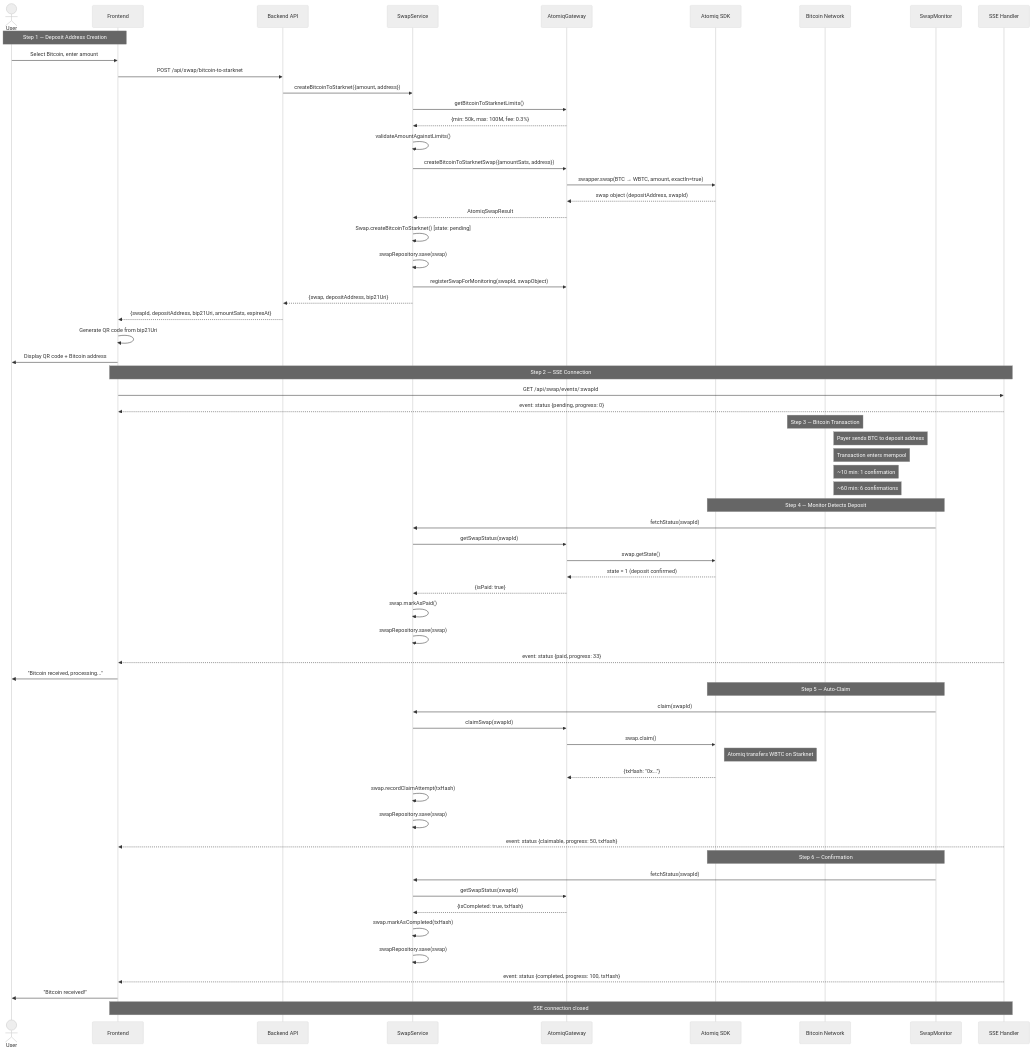
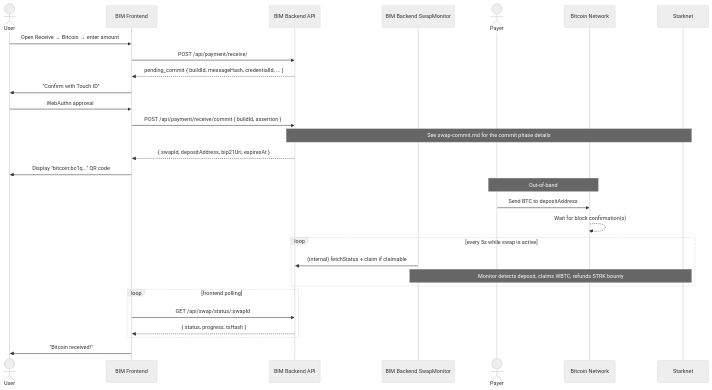
One commit to bitcoin-is-money/bim-app changed the diagram in doc/flow/receive-bitcoin.md. Above: the diagram before and after it, drawn with Mermaid (neutral theme). The commit also changed other lines of this file and 40 other files, not shown here.

Commit message:
chore: OSS readiness - package.json metadata, README, ARCHITECTURE, CONTRIBUTING, flow doc, GitHub templates

````diff
--- a/doc/flow/receive-bitcoin.md
+++ b/doc/flow/receive-bitcoin.md
@@ -25,75 +91,36 @@
 ```mermaid
 sequenceDiagram
     actor User
-    participant Front as Frontend
-    participant API as Backend API
-    participant Service as SwapService
-    participant Gateway as AtomiqGateway
-    participant SDK as Atomiq SDK
+    participant Front as BIM Frontend
+    participant API as BIM Backend API
+    participant Mon as BIM Backend SwapMonitor
+    actor Payer
     participant BTC as Bitcoin Network
-    participant Monitor as SwapMonitor
-    participant SSE as SSE Handler
+    participant SN as Starknet
 
-    Note over User,Front: Step 1 — Deposit Address Creation
-    User->>Front: Select Bitcoin, enter amount
-    Front->>API: POST /api/swap/bitcoin-to-starknet
-    API->>Service: createBitcoinToStarknet({amount, address})
-    Service->>Gateway: getBitcoinToStarknetLimits()
-    Gateway-->>Service: {min: 50k, max: 100M, fee: 0.3%}
-    Service->>Service: validateAmountAgainstLimits()
-    Service->>Gateway: createBitcoinToStarknetSwap({amountSats, address})
-    Gateway->>SDK: swapper.swap(BTC → WBTC, amount, exactIn=true)
-    SDK-->>Gateway: swap object (depositAddress, swapId)
-    Gateway-->>Service: AtomiqSwapResult
-    Service->>Service: Swap.createBitcoinToStarknet() [state: pending]
-    Service->>Service: swapRepository.save(swap)
-    Service->>Gateway: registerSwapForMonitoring(swapId, swapObject)
-    Service-->>API: {swap, depositAddress, bip21Uri}
-    API-->>Front: {swapId, depositAddress, bip21Uri, amountSats, expiresAt}
-    Front->>Front: Generate QR code from bip21Uri
-    Front->>User: Display QR code + Bitcoin address
+    User->>Front: Open Receive → Bitcoin → enter amount
+    Front->>API: POST /api/payment/receive/
+    API-->>Front: pending_commit { buildId, messageHash, credentialId, ... }
+    Front->>User: "Confirm with Touch ID"
+    User->>Front: WebAuthn approval
+    Front->>API: POST /api/payment/receive/commit { buildId, assertion }
+    Note over API,SN: See swap-commit.md for the commit phase details
+    API-->>Front: { swapId, depositAddress, bip21Uri, expiresAt }
+    Front->>User: Display "bitcoin:bc1q..." QR code
 
-    Note over Front,SSE: Step 2 — SSE Connection
-    Front->>SSE: GET /api/swap/events/:swapId
-    SSE-->>Front: event: status {pending, progress: 0}
+    Note over Payer,BTC: Out-of-band
+    Payer->>BTC: Send BTC to depositAddress
+    BTC-->>BTC: Wait for block confirmation(s)
 
-    Note over BTC: Step 3 — Bitcoin Transaction
-    Note right of BTC: Payer sends BTC to deposit address
-    Note right of BTC: Transaction enters mempool
-    Note right of BTC: ~10 min: 1 confirmation
-    Note right of BTC: ~60 min: 6 confirmations
+    loop every 5s while swap is active
+        Mon->>API: (internal) fetchStatus + claim if claimable
+        Note over Mon,SN: Monitor detects deposit, claims WBTC, refunds STRK bounty
+    end
 
-    Note over Monitor,SDK: Step 4 — Monitor Detects Deposit
-    Monitor->>Service: fetchStatus(swapId)
-    Service->>Gateway: getSwapStatus(swapId)
-    Gateway->>SDK: swap.getState()
-    SDK-->>Gateway: state = 1 (deposit confirmed)
-    Gateway-->>Service: {isPaid: true}
-    Service->>Service: swap.markAsPaid()
-    Service->>Service: swapRepository.save(swap)
+    loop frontend polling
+        Front->>API: GET /api/swap/status/:swapId
+        API-->>Front: { status, progress, txHash }
+    end
 
-    SSE-->>Front: event: status {paid, progress: 33}
-    Front->>User: "Bitcoin received, processing..."
-
-    Note over Monitor,SDK: Step 5 — Auto-Claim
-    Monitor->>Service: claim(swapId)
-    Service->>Gateway: claimSwap(swapId)
-    Gateway->>SDK: swap.claim()
-    Note right of SDK: Atomiq transfers WBTC on Starknet
-    SDK-->>Gateway: {txHash: "0x..."}
-    Service->>Service: swap.recordClaimAttempt(txHash)
-    Service->>Service: swapRepository.save(swap)
-
-    SSE-->>Front: event: status {claimable, progress: 50, txHash}
-
-    Note over Monitor,SDK: Step 6 — Confirmation
-    Monitor->>Service: fetchStatus(swapId)
-    Service->>Gateway: getSwapStatus(swapId)
-    Gateway-->>Service: {isCompleted: true, txHash}
-    Service->>Service: swap.markAsCompleted(txHash)
-    Service->>Service: swapRepository.save(swap)
-
-    SSE-->>Front: event: status {completed, progress: 100, txHash}
     Front->>User: "Bitcoin received!"
-    Note over Front,SSE: SSE connection closed
 ```
````
